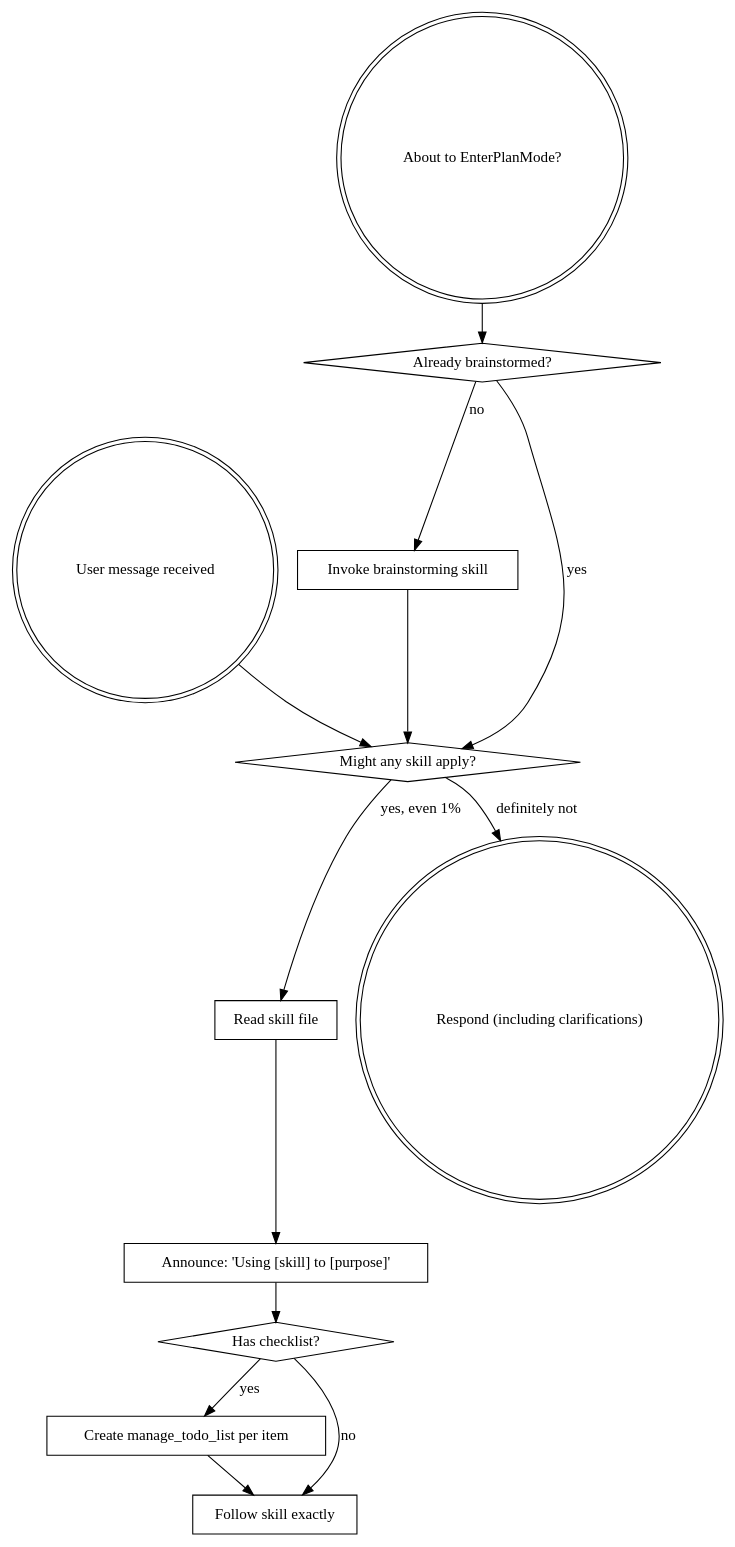
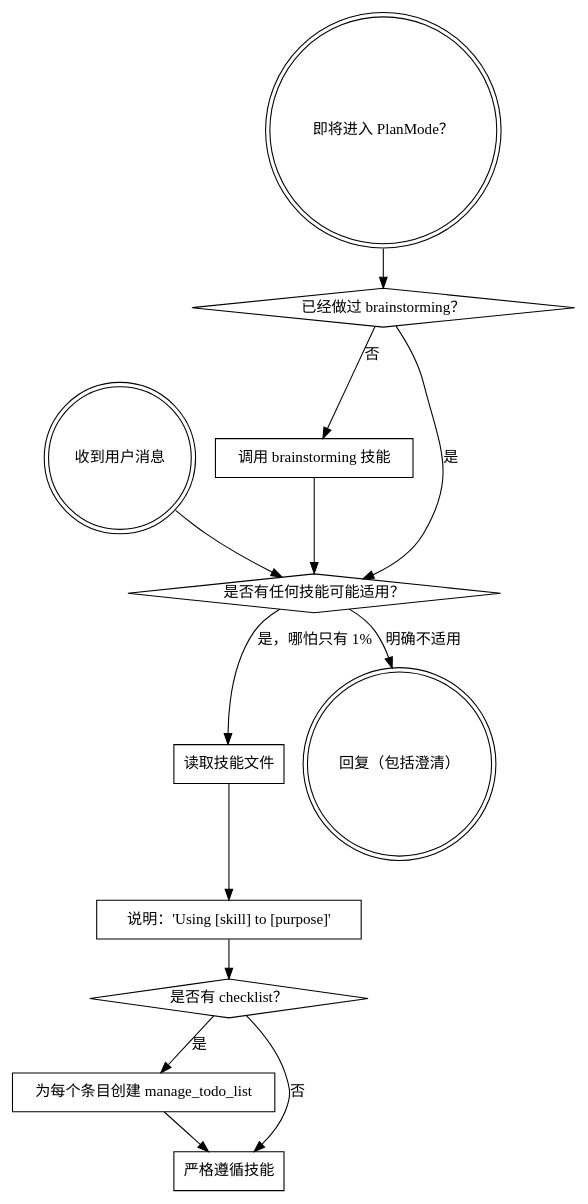
The diagram in skills/using-superpowers/SKILL.md (biground/superpowers), drawn with Graphviz before and after one commit. The commit also changed other lines of this file and 13 other files, not shown here.

````diff
--- a/skills/using-superpowers/SKILL.md
+++ b/skills/using-superpowers/SKILL.md
@@ -50,29 +50,29 @@
 ```dot
 digraph skill_flow {
-    "User message received" [shape=doublecircle];
-    "About to EnterPlanMode?" [shape=doublecircle];
-    "Already brainstormed?" [shape=diamond];
-    "Invoke brainstorming skill" [shape=box];
-    "Might any skill apply?" [shape=diamond];
-    "Read skill file" [shape=box];
-    "Announce: 'Using [skill] to [purpose]'" [shape=box];
-    "Has checklist?" [shape=diamond];
-    "Create manage_todo_list per item" [shape=box];
-    "Follow skill exactly" [shape=box];
-    "Respond (including clarifications)" [shape=doublecircle];
+    "收到用户消息" [shape=doublecircle];
+    "即将进入 PlanMode？" [shape=doublecircle];
+    "已经做过 brainstorming？" [shape=diamond];
+    "调用 brainstorming 技能" [shape=box];
+    "是否有任何技能可能适用？" [shape=diamond];
+    "读取技能文件" [shape=box];
+    "说明：'Using [skill] to [purpose]'" [shape=box];
+    "是否有 checklist？" [shape=diamond];
+    "为每个条目创建 manage_todo_list" [shape=box];
+    "严格遵循技能" [shape=box];
+    "回复（包括澄清）" [shape=doublecircle];
 
-    "About to EnterPlanMode?" -> "Already brainstormed?";
-    "Already brainstormed?" -> "Invoke brainstorming skill" [label="no"];
-    "Already brainstormed?" -> "Might any skill apply?" [label="yes"];
-    "Invoke brainstorming skill" -> "Might any skill apply?";
+    "即将进入 PlanMode？" -> "已经做过 brainstorming？";
+    "已经做过 brainstorming？" -> "调用 brainstorming 技能" [label="否"];
+    "已经做过 brainstorming？" -> "是否有任何技能可能适用？" [label="是"];
+    "调用 brainstorming 技能" -> "是否有任何技能可能适用？";
 
-    "User message received" -> "Might any skill apply?";
-    "Might any skill apply?" -> "Read skill file" [label="yes, even 1%"];
-    "Might any skill apply?" -> "Respond (including clarifications)" [label="definitely not"];
-    "Read skill file" -> "Announce: 'Using [skill] to [purpose]'";
-    "Announce: 'Using [skill] to [purpose]'" -> "Has checklist?";
-    "Has checklist?" -> "Create manage_todo_list per item" [label="yes"];
-    "Has checklist?" -> "Follow skill exactly" [label="no"];
-    "Create manage_todo_list per item" -> "Follow skill exactly";
+    "收到用户消息" -> "是否有任何技能可能适用？";
+    "是否有任何技能可能适用？" -> "读取技能文件" [label="是，哪怕只有 1%"];
+    "是否有任何技能可能适用？" -> "回复（包括澄清）" [label="明确不适用"];
+    "读取技能文件" -> "说明：'Using [skill] to [purpose]'";
+    "说明：'Using [skill] to [purpose]'" -> "是否有 checklist？";
+    "是否有 checklist？" -> "为每个条目创建 manage_todo_list" [label="是"];
+    "是否有 checklist？" -> "严格遵循技能" [label="否"];
+    "为每个条目创建 manage_todo_list" -> "严格遵循技能";
 }
 ```
````
